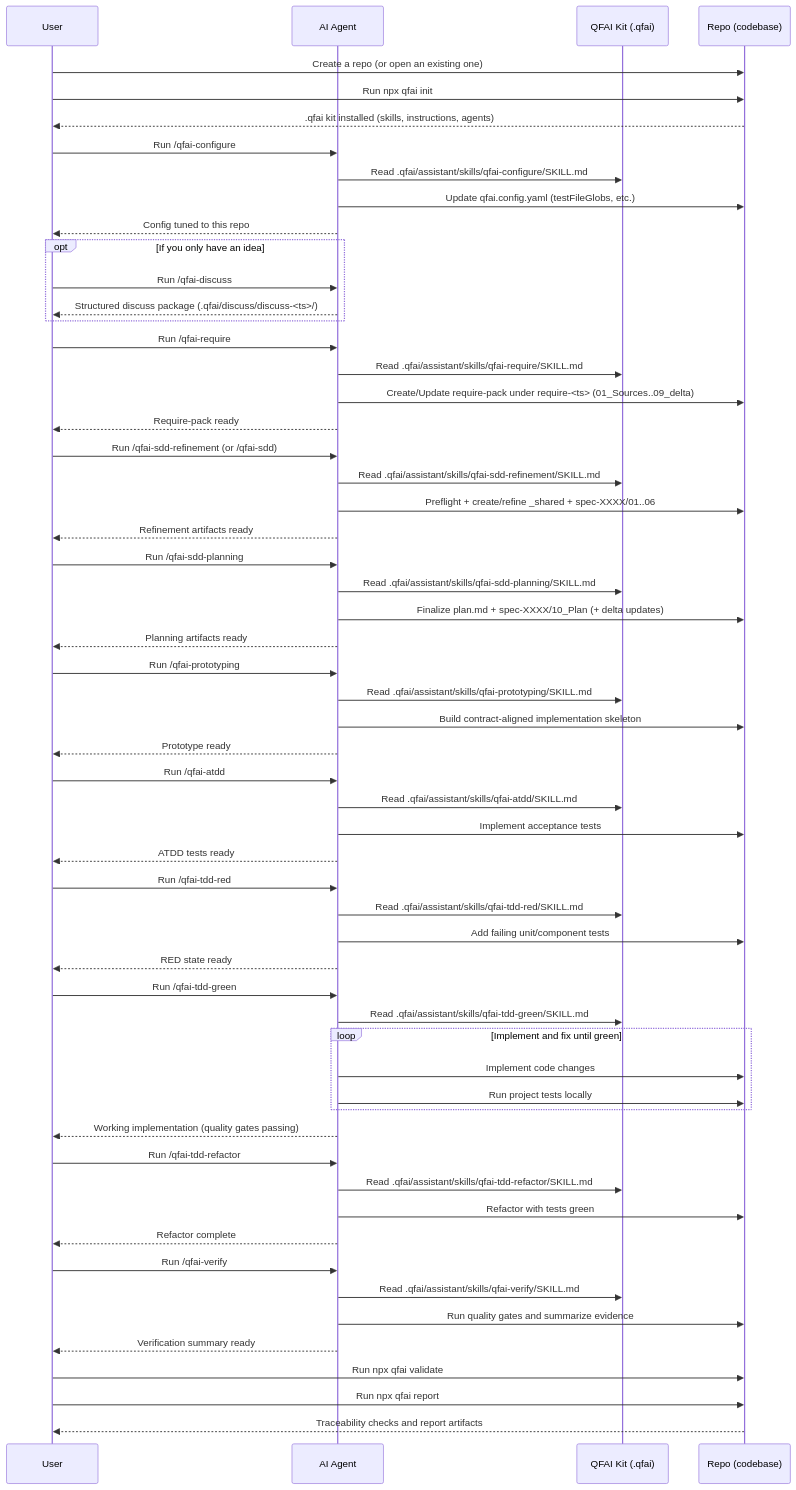
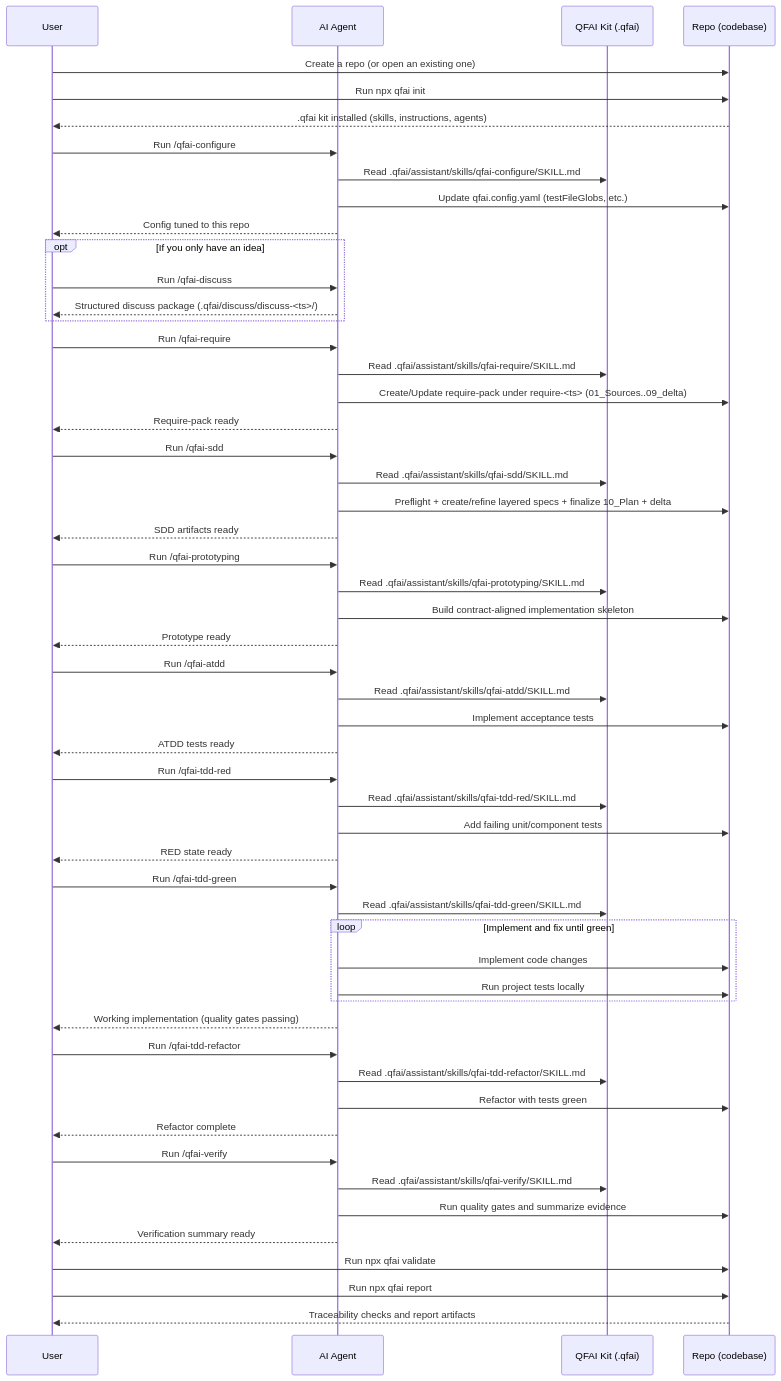
The first of 2 diagrams in README.md (aganesy/QFAI), drawn with Mermaid before and after one commit. The commit also changed other lines of this file and 28 other files, not shown here.

````diff
--- a/README.md
+++ b/README.md
@@ -74,73 +73,68 @@
 ```mermaid
 sequenceDiagram
 participant U as User
 participant AG as AI Agent
 participant Q as QFAI Kit (.qfai)
 participant R as Repo (codebase)
 
 U->>R: Create a repo (or open an existing one)
 U->>R: Run npx qfai init
 R-->>U: .qfai kit installed (skills, instructions, agents)
 
 U->>AG: Run /qfai-configure
 AG->>Q: Read .qfai/assistant/skills/qfai-configure/SKILL.md
 AG->>R: Update qfai.config.yaml (testFileGlobs, etc.)
 AG-->>U: Config tuned to this repo
 
 opt If you only have an idea
 U->>AG: Run /qfai-discuss
 AG-->>U: Structured discuss package (.qfai/discuss/discuss-<ts>/)
 end
 
 U->>AG: Run /qfai-require
 AG->>Q: Read .qfai/assistant/skills/qfai-require/SKILL.md
 AG->>R: Create/Update require-pack under require-<ts> (01_Sources..09_delta)
 AG-->>U: Require-pack ready
 
-U->>AG: Run /qfai-sdd-refinement (or /qfai-sdd)
-AG->>Q: Read .qfai/assistant/skills/qfai-sdd-refinement/SKILL.md
-AG->>R: Preflight + create/refine _shared + spec-XXXX/01..06
-AG-->>U: Refinement artifacts ready
-
-U->>AG: Run /qfai-sdd-planning
-AG->>Q: Read .qfai/assistant/skills/qfai-sdd-planning/SKILL.md
-AG->>R: Finalize plan.md + spec-XXXX/10_Plan (+ delta updates)
-AG-->>U: Planning artifacts ready
+U->>AG: Run /qfai-sdd
+AG->>Q: Read .qfai/assistant/skills/qfai-sdd/SKILL.md
+AG->>R: Preflight + create/refine layered specs + finalize 10_Plan + delta
+AG-->>U: SDD artifacts ready
 
 U->>AG: Run /qfai-prototyping
 AG->>Q: Read .qfai/assistant/skills/qfai-prototyping/SKILL.md
 AG->>R: Build contract-aligned implementation skeleton
 AG-->>U: Prototype ready
 
 U->>AG: Run /qfai-atdd
 AG->>Q: Read .qfai/assistant/skills/qfai-atdd/SKILL.md
 AG->>R: Implement acceptance tests
 AG-->>U: ATDD tests ready
 
 U->>AG: Run /qfai-tdd-red
 AG->>Q: Read .qfai/assistant/skills/qfai-tdd-red/SKILL.md
 AG->>R: Add failing unit/component tests
 AG-->>U: RED state ready
 
 U->>AG: Run /qfai-tdd-green
 AG->>Q: Read .qfai/assistant/skills/qfai-tdd-green/SKILL.md
 loop Implement and fix until green
 AG->>R: Implement code changes
 AG->>R: Run project tests locally
 end
 AG-->>U: Working implementation (quality gates passing)
 
 U->>AG: Run /qfai-tdd-refactor
 AG->>Q: Read .qfai/assistant/skills/qfai-tdd-refactor/SKILL.md
 AG->>R: Refactor with tests green
 AG-->>U: Refactor complete
 
 U->>AG: Run /qfai-verify
 AG->>Q: Read .qfai/assistant/skills/qfai-verify/SKILL.md
 AG->>R: Run quality gates and summarize evidence
 AG-->>U: Verification summary ready
 
 U->>R: Run npx qfai validate
 U->>R: Run npx qfai report
 R-->>U: Traceability checks and report artifacts
 ```
````
